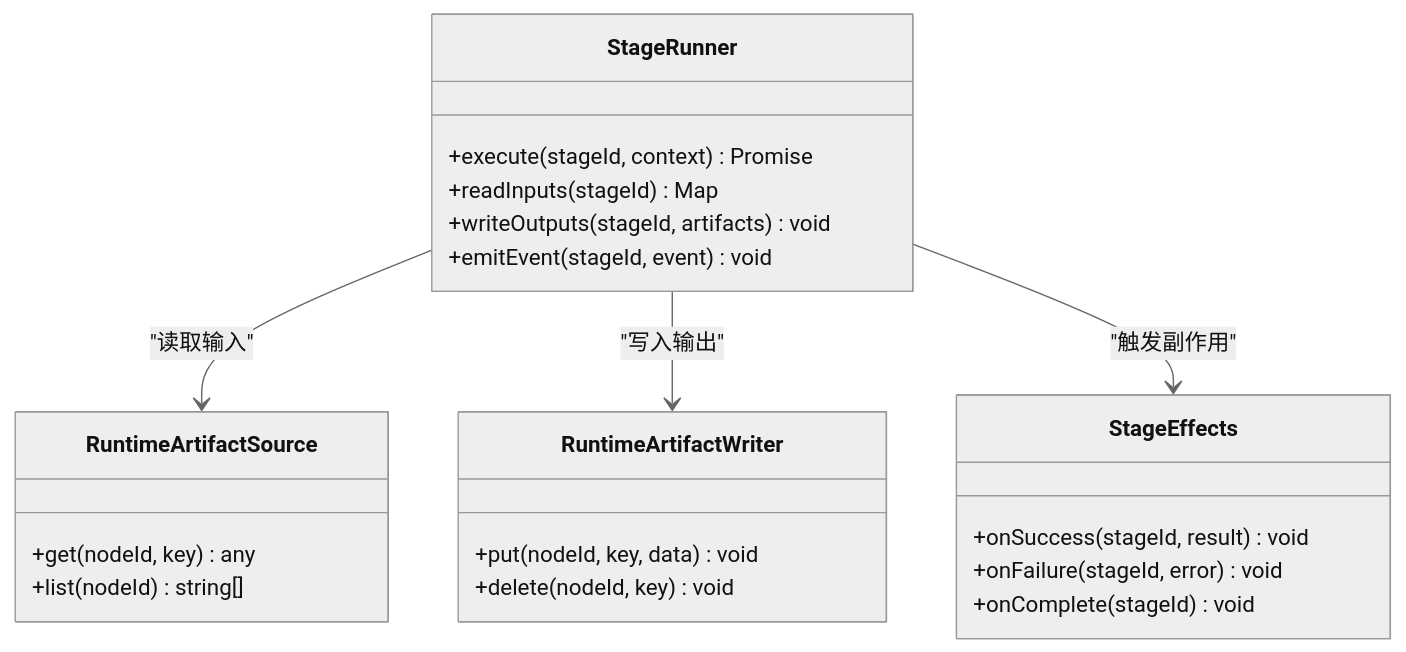
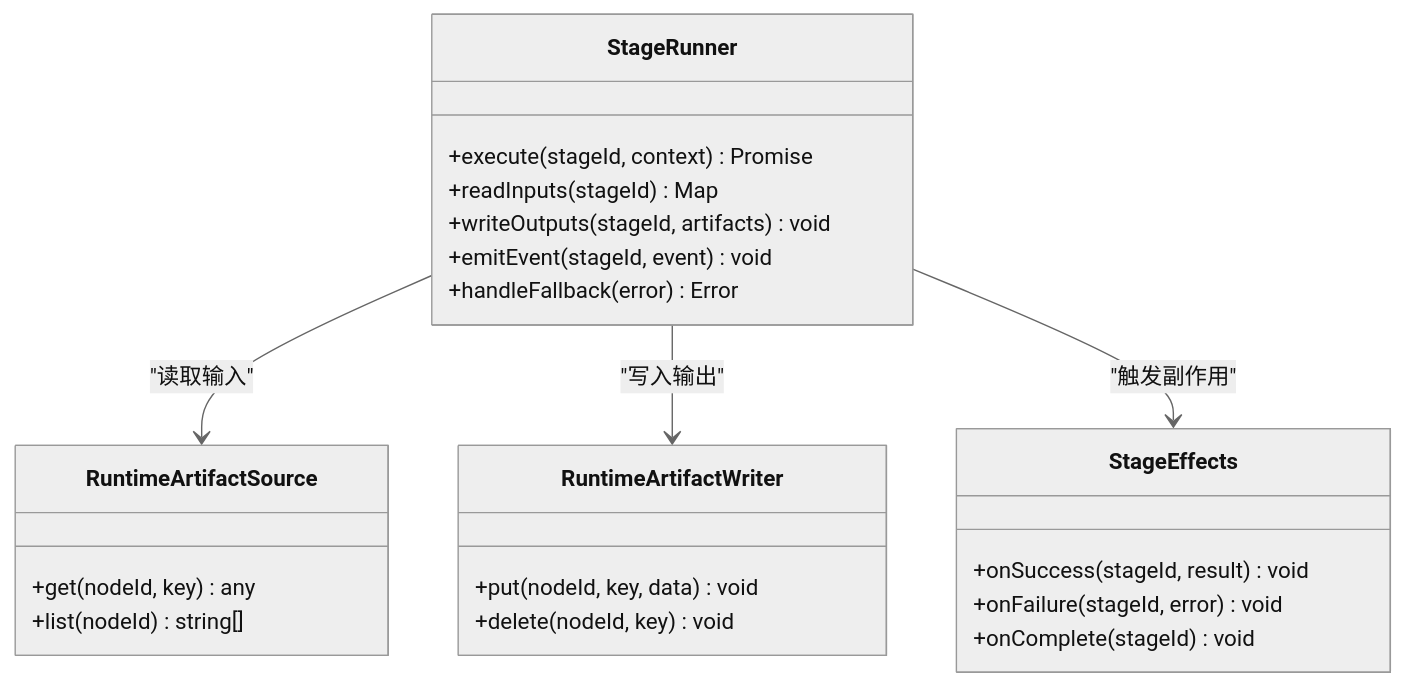
One commit to scottcwy/PurpleInk changed the sixth of 11 diagrams in .qoder/repowiki/zh/content/API参考/导演系统API/管道编排API.md. Above: the diagram before and after it, drawn with Mermaid (neutral theme). The commit also changed other lines of this file and 23 other files, not shown here.

````diff
--- a/.qoder/repowiki/zh/content/API参考/导演系统API/管道编排API.md
+++ b/.qoder/repowiki/zh/content/API参考/导演系统API/管道编排API.md
@@ -323,25 +314,26 @@
 ```mermaid
 classDiagram
 class StageRunner {
 +execute(stageId, context) Promise
 +readInputs(stageId) Map
 +writeOutputs(stageId, artifacts) void
 +emitEvent(stageId, event) void
++handleFallback(error) Error
 }
 class StageEffects {
 +onSuccess(stageId, result) void
 +onFailure(stageId, error) void
 +onComplete(stageId) void
 }
 class RuntimeArtifactSource {
 +get(nodeId, key) any
 +list(nodeId) string[]
 }
 class RuntimeArtifactWriter {
 +put(nodeId, key, data) void
 +delete(nodeId, key) void
 }
 StageRunner --> RuntimeArtifactSource : "读取输入"
 StageRunner --> RuntimeArtifactWriter : "写入输出"
 StageRunner --> StageEffects : "触发副作用"
 ```
````
